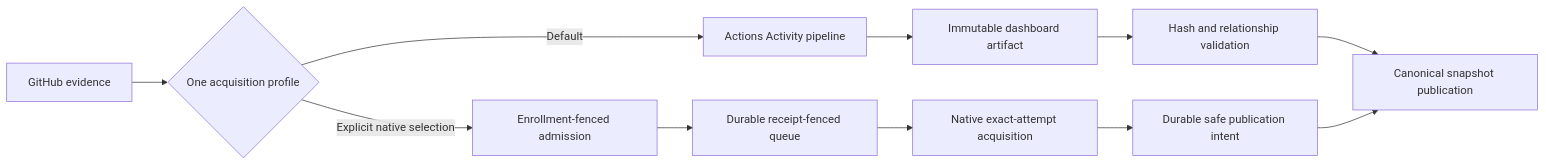
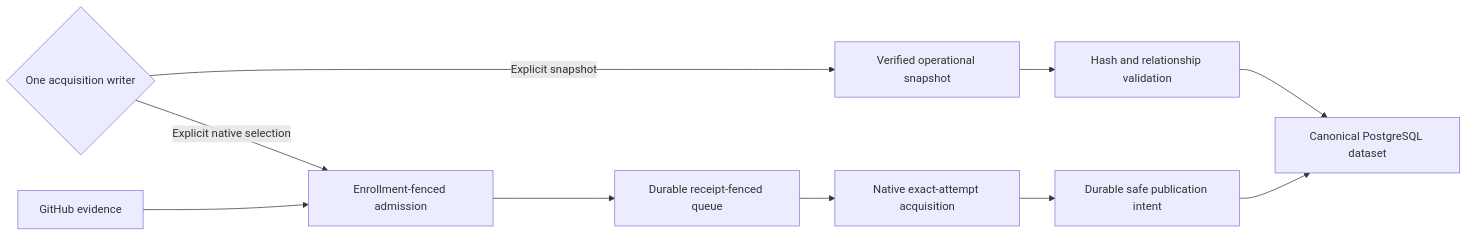
The third of 15 diagrams in docs/dashboard-data-architecture.md (githubnext/gh-cao), drawn with Mermaid before and after one commit. The commit also changed other lines of this file and 10 other files, not shown here.

Commit message:
[self-care:database-architecture] Qualify Actions-profile snapshot publication in data architecture guide (#21426)

````diff
--- a/docs/dashboard-data-architecture.md
+++ b/docs/dashboard-data-architecture.md
@@ -127,15 +127,14 @@
 ```mermaid
 flowchart LR
   accTitle: Mutually exclusive acquisition profiles
-  accDescr: The default Actions profile publishes verified artifacts. The optional native collector acquires exact-attempt evidence through durable admission and publication. Both feed the same canonical model, but must not co-write one dataset.
-  GitHub["GitHub evidence"] --> Choice{"One acquisition profile"}
-  Choice -->|Default| Actions["Actions Activity pipeline"]
-  Actions --> Artifact["Immutable dashboard artifact"]
+  accDescr: An explicitly acquired operational snapshot is verified before ingestion. The optional native collector acquires exact-attempt GitHub evidence through durable admission and publication. These paths feed the same canonical model, but must not co-write one dataset.
+  Choice{"One acquisition writer"} -->|Explicit snapshot| Artifact["Verified operational snapshot"]
   Artifact --> Verify["Hash and relationship validation"]
-  Verify --> Snapshot["Canonical snapshot publication"]
+  Verify --> Snapshot["Canonical PostgreSQL dataset"]
   Choice -->|Explicit native selection| Admission["Enrollment-fenced admission"]
+  GitHub["GitHub evidence"] --> Admission
   Admission --> Queue["Durable receipt-fenced queue"]
   Queue --> Native["Native exact-attempt acquisition"]
   Native --> Intent["Durable safe publication intent"]
   Intent --> Snapshot
 ```
````
